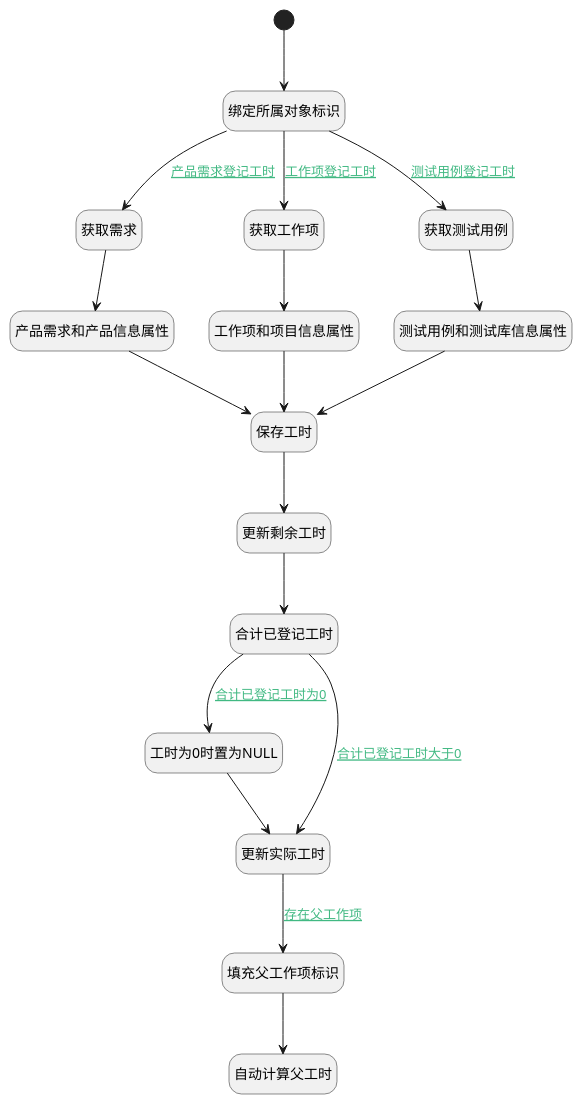
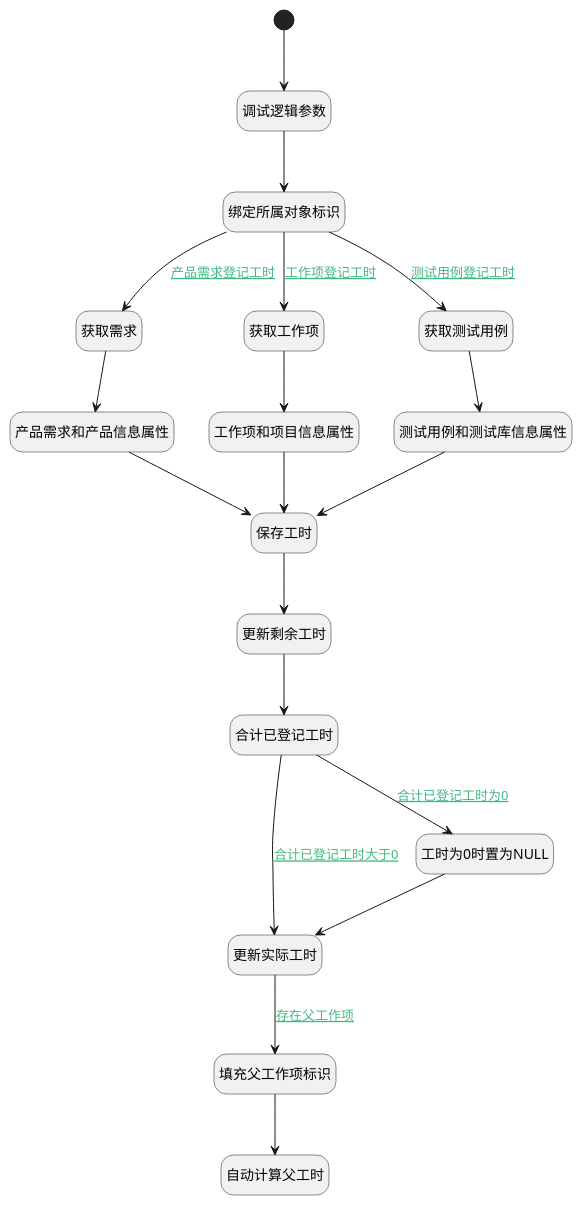
The diagram in doc/docsify/module/Base/workload/logic/save_workload.md (iBizLab/plm), drawn with PlantUML before and after one commit. The commit also changed other lines of this file and 726 other files, not shown here.

````diff
--- a/doc/docsify/module/Base/workload/logic/save_workload.md
+++ b/doc/docsify/module/Base/workload/logic/save_workload.md
@@ -7,48 +7,50 @@
 ```plantuml
 @startuml
 hide empty description
 <style>
 root {
   HyperlinkColor #42b983
 }
 </style>
 
 hide empty description
 state "开始" as Begin <<start>> [[$./save_workload#begin {"开始"}]]
+state "调试逻辑参数" as DEBUGPARAM1  [[$./save_workload#debugparam1 {"调试逻辑参数"}]]
 state "绑定所属对象标识" as PREPAREPARAM2  [[$./save_workload#prepareparam2 {"绑定所属对象标识"}]]
 state "获取需求" as DEACTION3  [[$./save_workload#deaction3 {"获取需求"}]]
 state "获取工作项" as DEACTION4  [[$./save_workload#deaction4 {"获取工作项"}]]
 state "获取测试用例" as DEACTION5  [[$./save_workload#deaction5 {"获取测试用例"}]]
 state "工作项和项目信息属性" as PREPAREPARAM3  [[$./save_workload#prepareparam3 {"工作项和项目信息属性"}]]
 state "产品需求和产品信息属性" as PREPAREPARAM4  [[$./save_workload#prepareparam4 {"产品需求和产品信息属性"}]]
 state "测试用例和测试库信息属性" as PREPAREPARAM5  [[$./save_workload#prepareparam5 {"测试用例和测试库信息属性"}]]
 state "保存工时" as DEACTION2  [[$./save_workload#deaction2 {"保存工时"}]]
 state "更新剩余工时" as DEACTION6  [[$./save_workload#deaction6 {"更新剩余工时"}]]
-state "工时为0时置为NULL" as PREPAREPARAM6  [[$./save_workload#prepareparam6 {"工时为0时置为NULL"}]]
 state "合计已登记工时" as RAWSQLCALL1  [[$./save_workload#rawsqlcall1 {"合计已登记工时"}]]
 state "更新实际工时" as DEACTION7  [[$./save_workload#deaction7 {"更新实际工时"}]]
 state "填充父工作项标识" as PREPAREPARAM7  [[$./save_workload#prepareparam7 {"填充父工作项标识"}]]
 state "自动计算父工时" as DELOGIC1  [[$./save_workload#delogic1 {"自动计算父工时"}]]
+state "工时为0时置为NULL" as PREPAREPARAM6  [[$./save_workload#prepareparam6 {"工时为0时置为NULL"}]]
 
 
-Begin --> PREPAREPARAM2
+Begin --> DEBUGPARAM1
+DEBUGPARAM1 --> PREPAREPARAM2
 PREPAREPARAM2 --> DEACTION3 : [[$./save_workload#prepareparam2-deaction3{产品需求登记工时} 产品需求登记工时]]
 DEACTION3 --> PREPAREPARAM4
 PREPAREPARAM4 --> DEACTION2
 DEACTION2 --> DEACTION6
 DEACTION6 --> RAWSQLCALL1
 RAWSQLCALL1 --> DEACTION7 : [[$./save_workload#rawsqlcall1-deaction7{合计已登记工时大于0} 合计已登记工时大于0]]
 DEACTION7 --> PREPAREPARAM7 : [[$./save_workload#deaction7-prepareparam7{存在父工作项} 存在父工作项]]
 PREPAREPARAM7 --> DELOGIC1
 RAWSQLCALL1 --> PREPAREPARAM6 : [[$./save_workload#rawsqlcall1-prepareparam6{合计已登记工时为0} 合计已登记工时为0]]
 PREPAREPARAM6 --> DEACTION7
 PREPAREPARAM2 --> DEACTION4 : [[$./save_workload#prepareparam2-deaction4{工作项登记工时} 工作项登记工时]]
 DEACTION4 --> PREPAREPARAM3
 PREPAREPARAM3 --> DEACTION2
 PREPAREPARAM2 --> DEACTION5 : [[$./save_workload#prepareparam2-deaction5{测试用例登记工时} 测试用例登记工时]]
 DEACTION5 --> PREPAREPARAM5
 PREPAREPARAM5 --> DEACTION2
 
 
 @enduml
 ```
````
